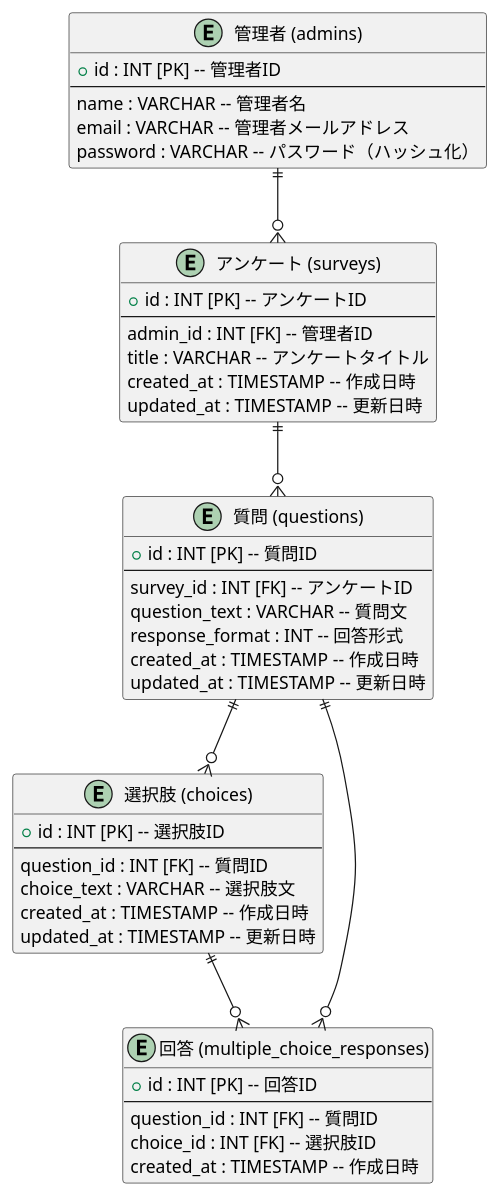
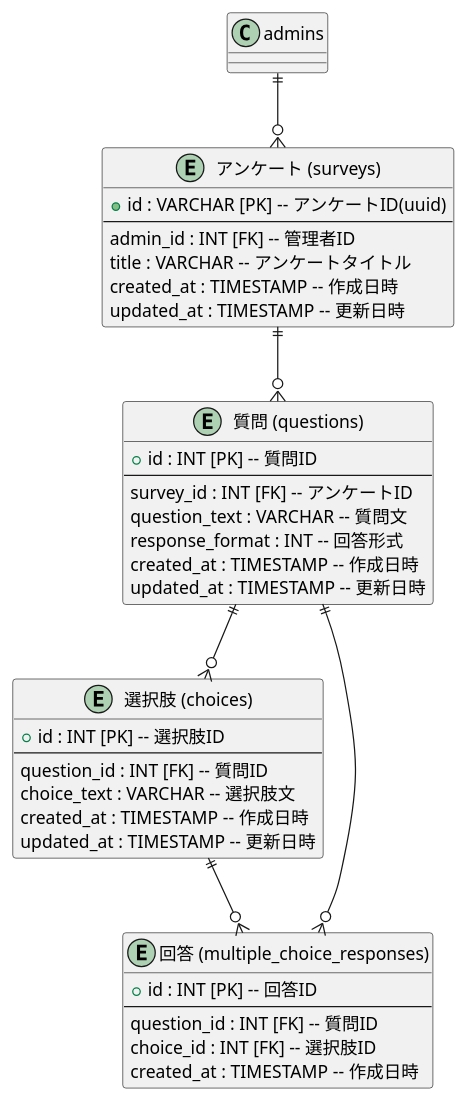
One commit to totani-norihiro-arsaga/question-app changed the diagram in Design_documents/er_diagram.plantuml. Above: the diagram before and after it, drawn with PlantUML. The commit also changed 10 other files, not shown here.

```diff
--- a/Design_documents/er_diagram.plantuml
+++ b/Design_documents/er_diagram.plantuml
@@ -1,53 +1,44 @@
 @startuml er
-
-entity "管理者 (admins)" as admins {
-  + id : INT [PK] -- 管理者ID
-  --
-    name : VARCHAR -- 管理者名
-    email : VARCHAR -- 管理者メールアドレス
-    password : VARCHAR -- パスワード（ハッシュ化）
-}
-
 entity "アンケート (surveys)" as surveys {
-  + id : INT [PK] -- アンケートID
+  + id : VARCHAR [PK] -- アンケートID(uuid)
   --
     admin_id : INT [FK] -- 管理者ID
     title : VARCHAR -- アンケートタイトル
     created_at : TIMESTAMP -- 作成日時
     updated_at : TIMESTAMP -- 更新日時
 }
 
 entity "質問 (questions)" as questions {
   + id : INT [PK] -- 質問ID
   --
     survey_id : INT [FK] -- アンケートID
     question_text : VARCHAR -- 質問文
     response_format : INT -- 回答形式
     created_at : TIMESTAMP -- 作成日時
     updated_at : TIMESTAMP -- 更新日時
 }
 
 entity "選択肢 (choices)" as choices {
   + id : INT [PK] -- 選択肢ID
   --
     question_id : INT [FK] -- 質問ID
     choice_text : VARCHAR -- 選択肢文
     created_at : TIMESTAMP -- 作成日時
     updated_at : TIMESTAMP -- 更新日時
 }
 
 entity "回答 (multiple_choice_responses)" as multiple_choice_responses {
   + id : INT [PK] -- 回答ID
   --
     question_id : INT [FK] -- 質問ID
     choice_id : INT [FK] -- 選択肢ID
     created_at : TIMESTAMP -- 作成日時
 }
 
 admins ||--o{ surveys
 surveys ||--o{ questions
 questions ||--o{ choices
 questions ||--o{ multiple_choice_responses
 choices ||--o{ multiple_choice_responses
 
 @enduml
```
